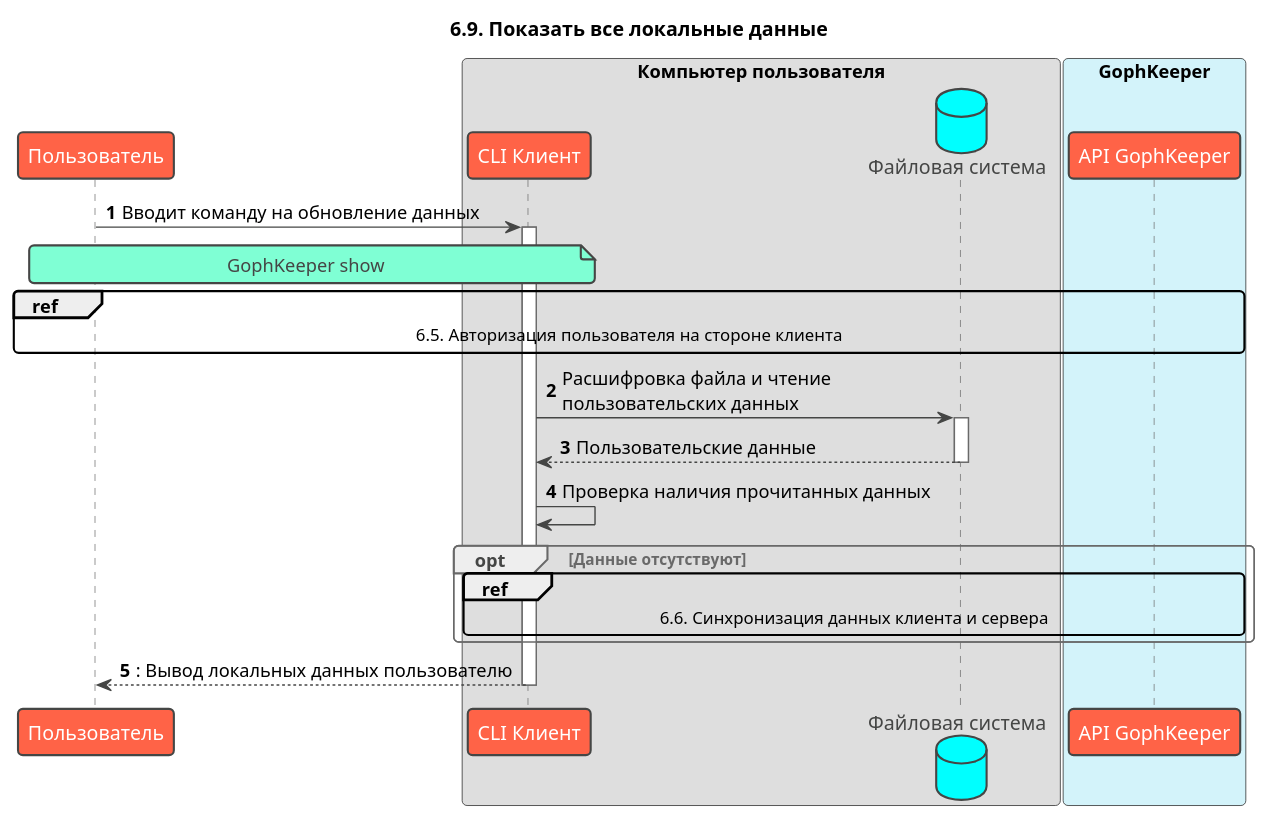
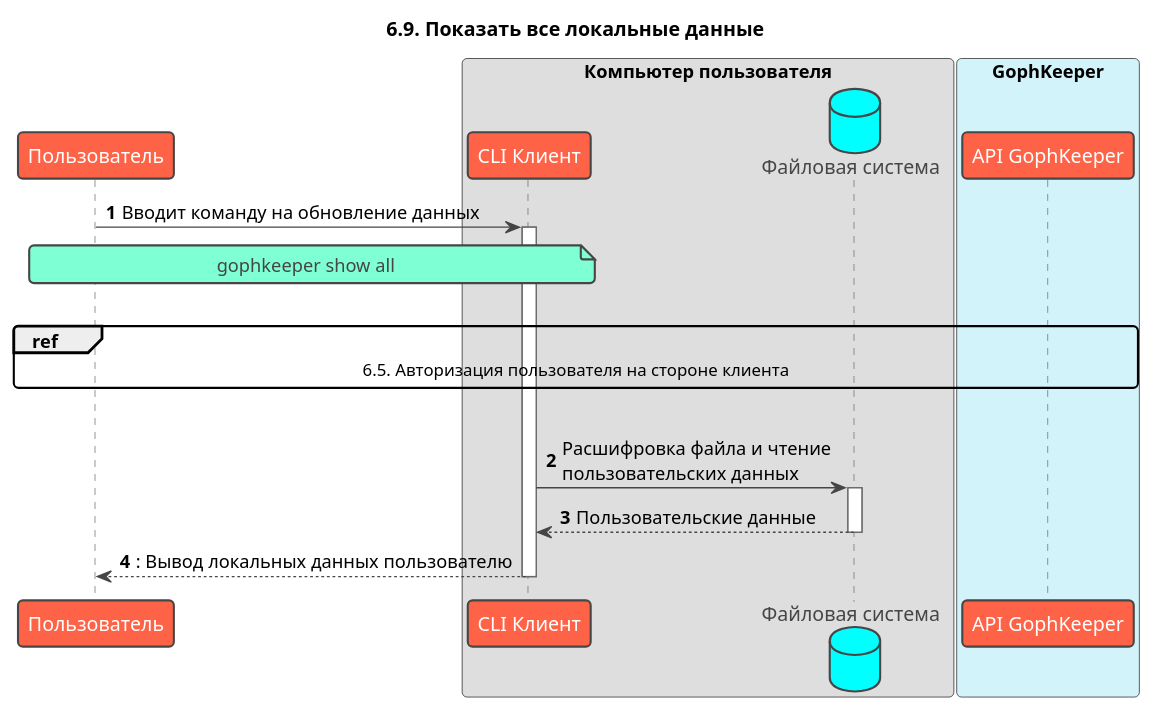
The diagram in docs/arc42/6. Runtime View/6.9 Show.puml (Nickolasll/GophKeeper), drawn with PlantUML before and after one commit. The commit also changed 24 other files, not shown here.

```diff
--- a/docs/arc42/6. Runtime View/6.9 Show.puml
+++ b/docs/arc42/6. Runtime View/6.9 Show.puml
@@ -1,38 +1,33 @@
 @startuml
 !theme vibrant
 title: 6.9. Показать все локальные данные
 skinparam maxMessageSize 300
 autonumber
 
 participant "Пользователь" as user
 box "Компьютер пользователя" #DEDEDE
     participant "CLI Клиент" as client
     database "Файловая система" as file
 end box
 
 box "GophKeeper" #d3f3fa
     participant "API GophKeeper" as api
 end box
 
 user -> client ++ : Вводит команду на обновление данных
 note over user, client
-    GophKeeper show
+    gophkeeper show all
 end note
 
+|||
 ref over user, api
     6.5. Авторизация пользователя на стороне клиента
 end
+|||
 
 client -> file ++ : Расшифровка файла и чтение пользовательских данных
 return Пользовательские данные
 
-client -> client: Проверка наличия прочитанных данных
-opt Данные отсутствуют
-    ref over client, api
-        6.6. Синхронизация данных клиента и сервера
-    end
-end
-
 return: Вывод локальных данных пользователю
 
 @enduml
```
